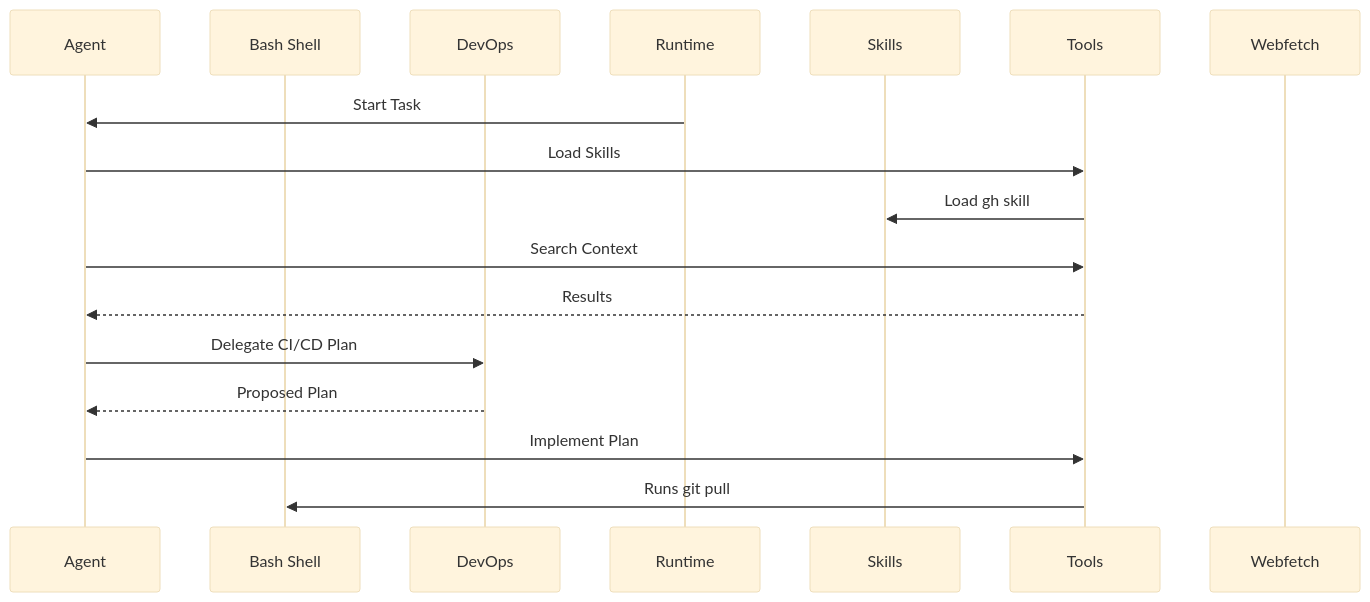
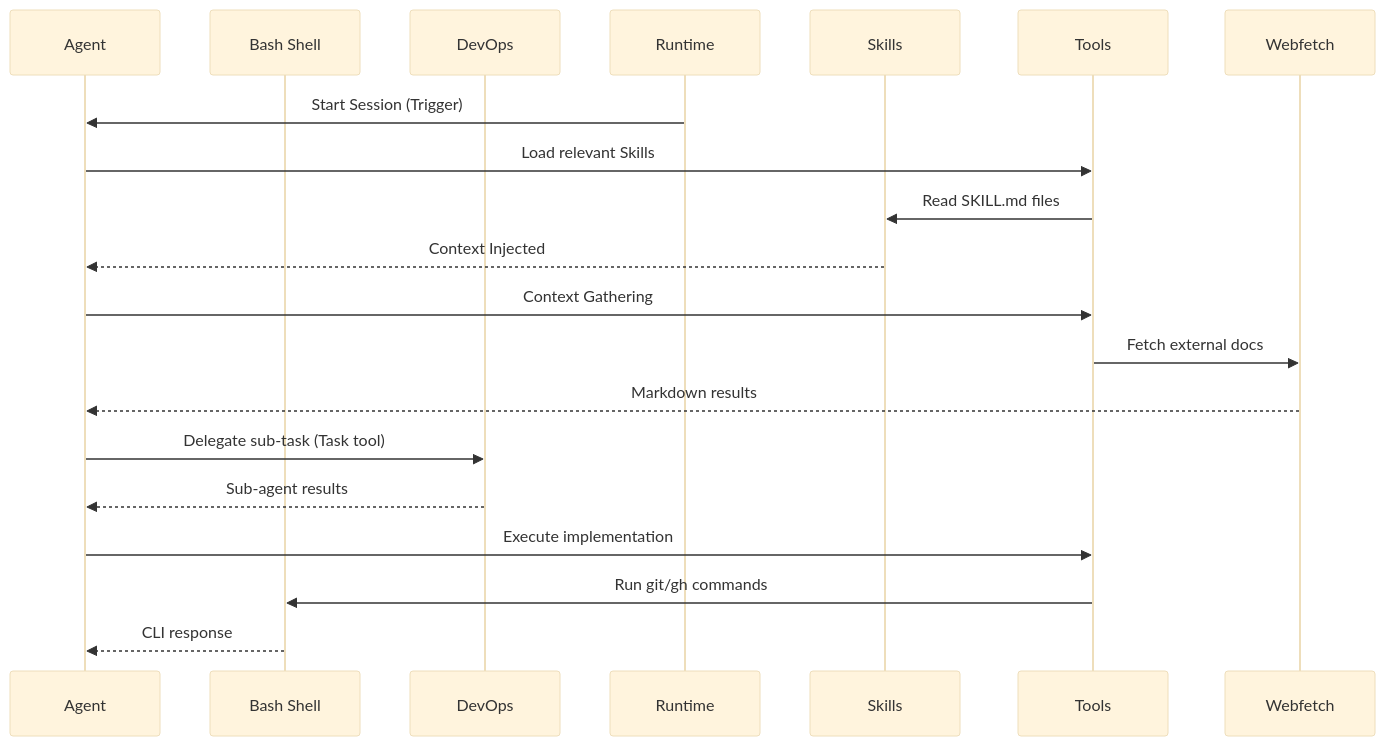
One commit to Cogni-AI-OU/cogni-ai-agent-skills changed the fourth of 10 diagrams in agent-log-analysis/SKILL.md. Above: the diagram before and after it, drawn with Mermaid (base theme). The commit also changed other lines of this file, not shown here.

Commit message:
Refine SKILL.md flow & fix typos

````diff
--- a/agent-log-analysis/SKILL.md
+++ b/agent-log-analysis/SKILL.md
@@ -179,20 +179,23 @@
 ```mermaid
 sequenceDiagram
     participant A as Agent
     participant B as Bash Shell
     participant D as DevOps
     participant R as Runtime
     participant S as Skills
     participant T as Tools
     participant W as Webfetch
 
-    R->>A: Start Task
-    A->>T: Load Skills
-    T->>S: Load gh skill
-    A->>T: Search Context
-    T-->>A: Results
-    A->>D: Delegate CI/CD Plan
-    D-->>A: Proposed Plan
-    A->>T: Implement Plan
-    T->>B: Runs git pull
+    R->>A: Start Session (Trigger)
+    A->>T: Load relevant Skills
+    T->>S: Read SKILL.md files
+    S-->>A: Context Injected
+    A->>T: Context Gathering
+    T->>W: Fetch external docs
+    W-->>A: Markdown results
+    A->>D: Delegate sub-task (Task tool)
+    D-->>A: Sub-agent results
+    A->>T: Execute implementation
+    T->>B: Run git/gh commands
+    B-->>A: CLI response
 ```
````
